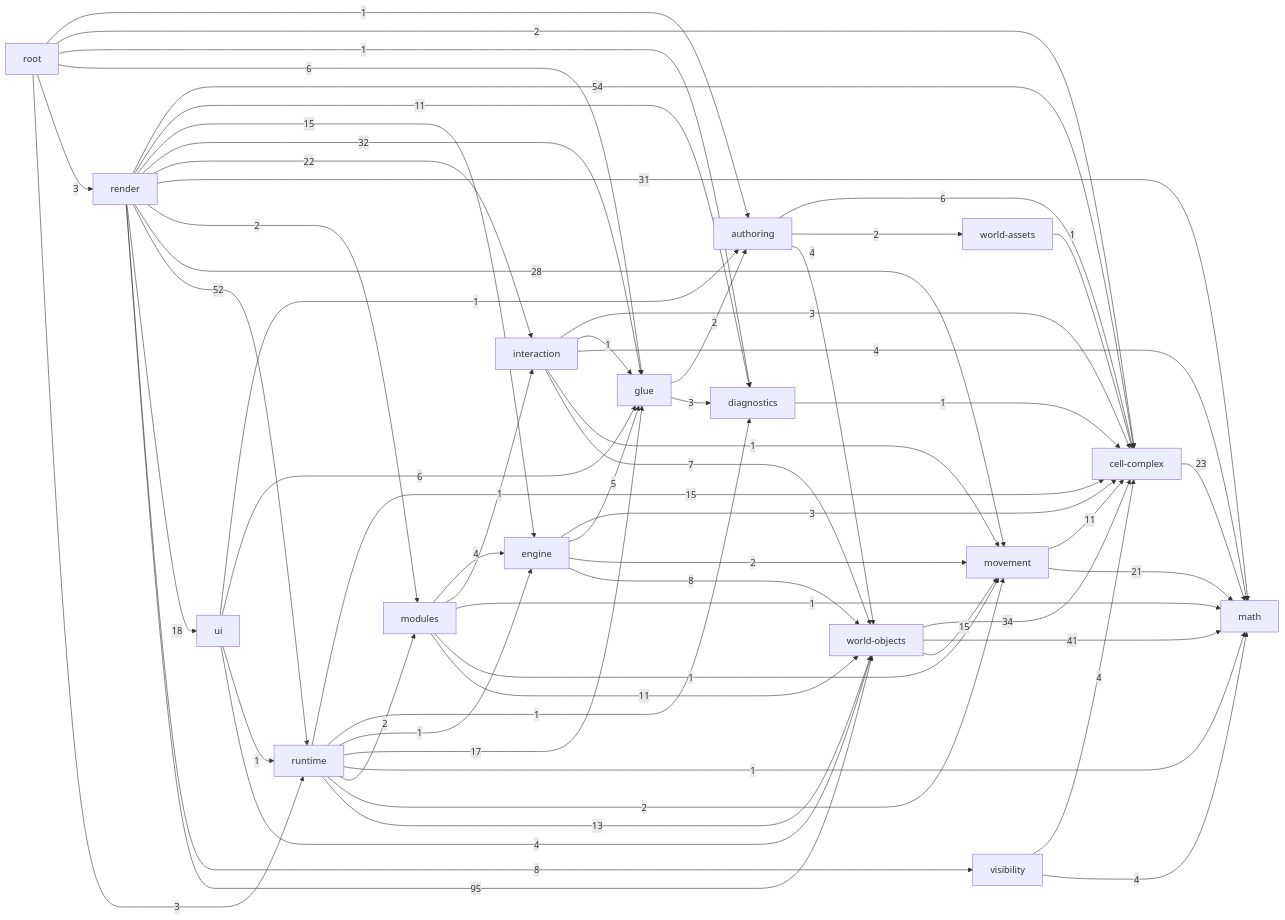
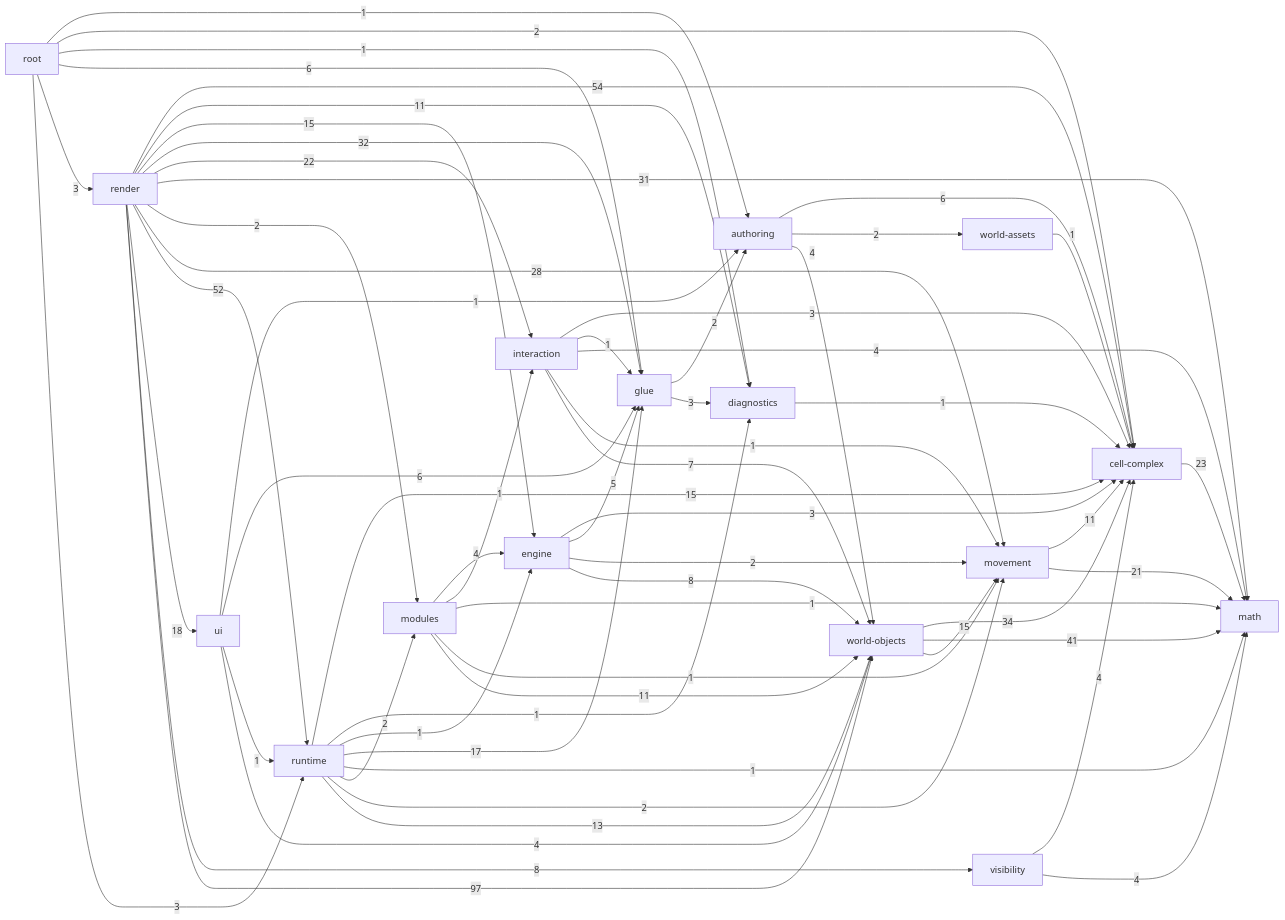
Before and after one commit to guraltsev/noneuclid-fpv: the diagram in _docs/generated/ARCHITECTURE_REFERENCE.md, drawn with Mermaid. The commit also changed other lines of this file and 11 other files, not shown here.

````diff
--- a/_docs/generated/ARCHITECTURE_REFERENCE.md
+++ b/_docs/generated/ARCHITECTURE_REFERENCE.md
@@ -37,78 +37,78 @@
 ```mermaid
 flowchart LR
   math["math"]
   cell_complex["cell-complex"]
   diagnostics["diagnostics"]
   visibility["visibility"]
   movement["movement"]
   world_assets["world-assets"]
   world_objects["world-objects"]
   authoring["authoring"]
   glue["glue"]
   interaction["interaction"]
   engine["engine"]
   modules["modules"]
   runtime["runtime"]
   ui["ui"]
   render["render"]
   root["root"]
   authoring -->|6| cell_complex
   authoring -->|2| world_assets
   authoring -->|4| world_objects
   cell_complex -->|23| math
   diagnostics -->|1| cell_complex
   engine -->|3| cell_complex
   engine -->|5| glue
   engine -->|2| movement
   engine -->|8| world_objects
   glue -->|2| authoring
   glue -->|3| diagnostics
   interaction -->|3| cell_complex
   interaction -->|1| glue
   interaction -->|4| math
   interaction -->|1| movement
   interaction -->|7| world_objects
   modules -->|4| engine
   modules -->|1| interaction
   modules -->|1| math
   modules -->|1| movement
   modules -->|11| world_objects
   movement -->|11| cell_complex
   movement -->|21| math
   render -->|54| cell_complex
   render -->|11| diagnostics
   render -->|15| engine
   render -->|32| glue
   render -->|22| interaction
   render -->|31| math
   render -->|2| modules
   render -->|28| movement
   render -->|52| runtime
   render -->|18| ui
   render -->|8| visibility
-  render -->|95| world_objects
+  render -->|97| world_objects
   root -->|1| authoring
   root -->|2| cell_complex
   root -->|1| diagnostics
   root -->|6| glue
   root -->|3| render
   root -->|3| runtime
   runtime -->|15| cell_complex
   runtime -->|1| diagnostics
   runtime -->|1| engine
   runtime -->|17| glue
   runtime -->|1| math
   runtime -->|2| modules
   runtime -->|2| movement
   runtime -->|13| world_objects
   ui -->|1| authoring
   ui -->|6| glue
   ui -->|1| runtime
   ui -->|4| world_objects
   visibility -->|4| cell_complex
   visibility -->|4| math
   world_assets -->|1| cell_complex
   world_objects -->|34| cell_complex
   world_objects -->|41| math
   world_objects -->|15| movement
 ```
````
